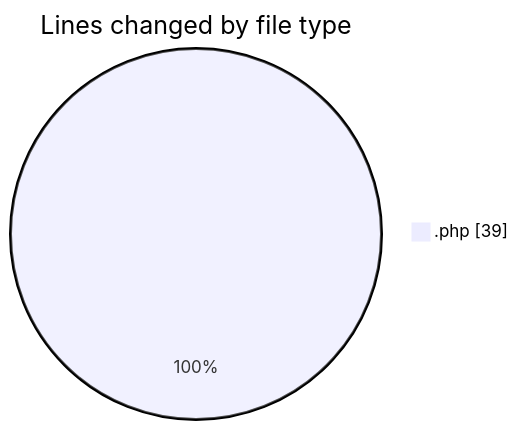
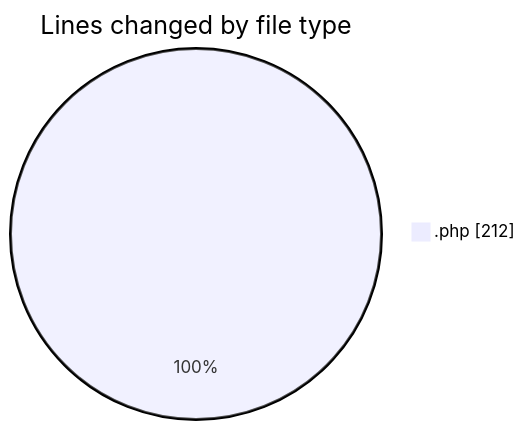
One commit to LanceThiago/code-tracking changed the first of 2 diagrams in 2026-09-15/web/README.md. Above: the diagram before and after it, drawn with Mermaid. The commit also changed other lines of this file and 1 other file, not shown here.

````diff
--- a/2026-09-15/web/README.md
+++ b/2026-09-15/web/README.md
@@ -20,5 +21,5 @@
 ```mermaid
 pie showData
 title Lines changed by file type
-".php" : 39
+".php" : 212
 ```
````
